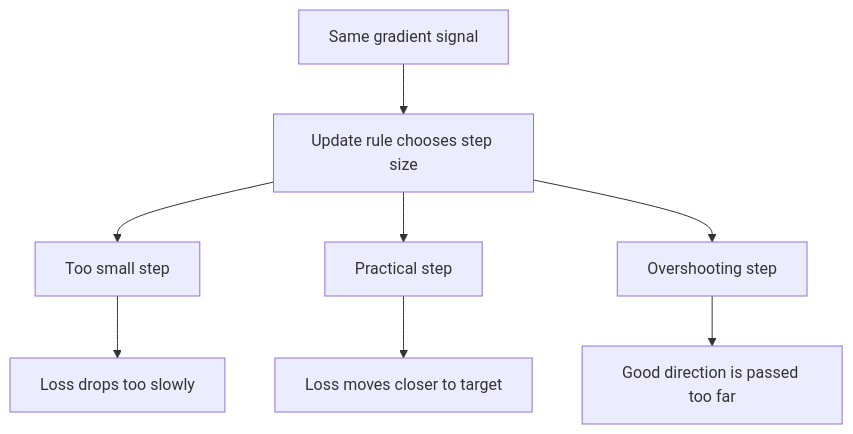
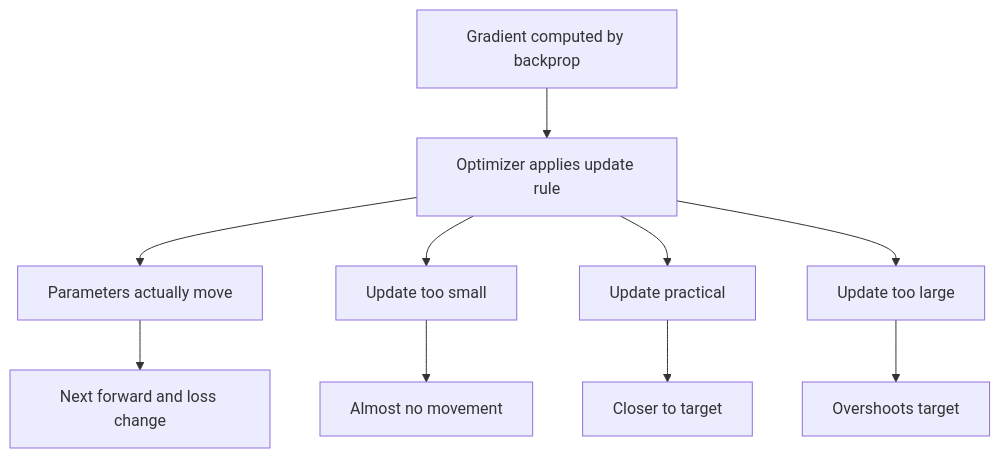
One commit to devchan64/AiBook changed the diagram in docs/assets/part-05/chapter-07/optimizer-step-bridge-en.mmd. Above: the diagram before and after it, drawn with Mermaid. The commit also changed 10 other files, not shown here.

```diff
--- a/docs/assets/part-05/chapter-07/optimizer-step-bridge-en.mmd
+++ b/docs/assets/part-05/chapter-07/optimizer-step-bridge-en.mmd
@@ -1,9 +1,12 @@
 flowchart TD
-    A[Same gradient signal] --> B[Update rule chooses step size]
-    B --> C[Too small step]
-    B --> D[Practical step]
-    B --> E[Overshooting step]
+    A[Gradient computed by backprop] --> B[Optimizer applies update rule]
+    B --> C[Parameters actually move]
+    C --> D[Next forward and loss change]
 
-    C --> F[Loss drops too slowly]
-    D --> G[Loss moves closer to target]
-    E --> H[Good direction is passed too far]
+    B --> E[Update too small]
+    B --> F[Update practical]
+    B --> G[Update too large]
+
+    E --> H[Almost no movement]
+    F --> I[Closer to target]
+    G --> J[Overshoots target]
```
